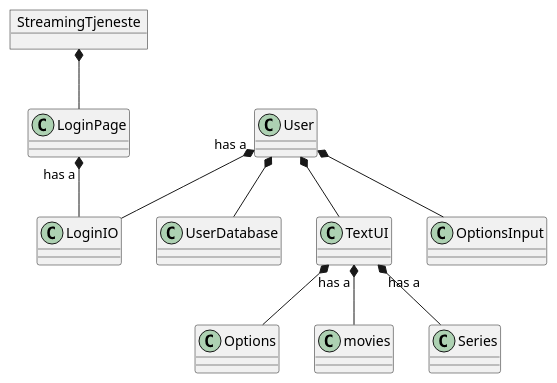
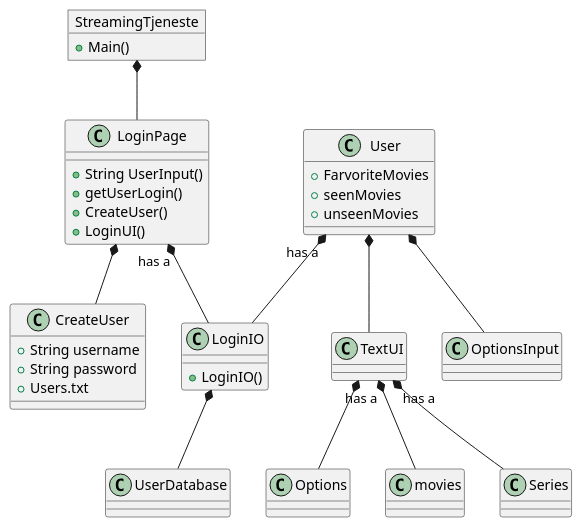
The diagram in src/Documentation/class diagram.puml (TobiasTonndorff/SP3), drawn with PlantUML before and after one commit. The commit also changed 4 other files, not shown here.

Commit message:
PlantUml

```diff
--- a/src/Documentation/class diagram.puml
+++ b/src/Documentation/class diagram.puml
@@ -1,21 +1,33 @@
 @startuml
 'https://plantuml.com/sequence-diagram
 object StreamingTjeneste
 
 
 StreamingTjeneste *-- LoginPage
-
+LoginPage *-- CreateUser
 LoginPage "has a" *-- LoginIO
-User *-- UserDatabase
 User "has a"*-- LoginIO
 User *-- TextUI
 User *-- OptionsInput
 TextUI *-- Options
 TextUI "has a" *-- movies
 TextUI "has a" *-- Series
+StreamingTjeneste : + Main()
+CreateUser : + String username
+CreateUser : + String password
+CreateUser : + Users.txt
+LoginPage : + String UserInput()
+LoginPage : + getUserLogin()
+LoginPage : + CreateUser()
+LoginPage : + LoginUI()
+User : + FarvoriteMovies
+User : + seenMovies
+User : + unseenMovies
+LoginIO : + LoginIO()
+LoginIO *-- UserDatabase
 
 
 
 
 
 @enduml
```
